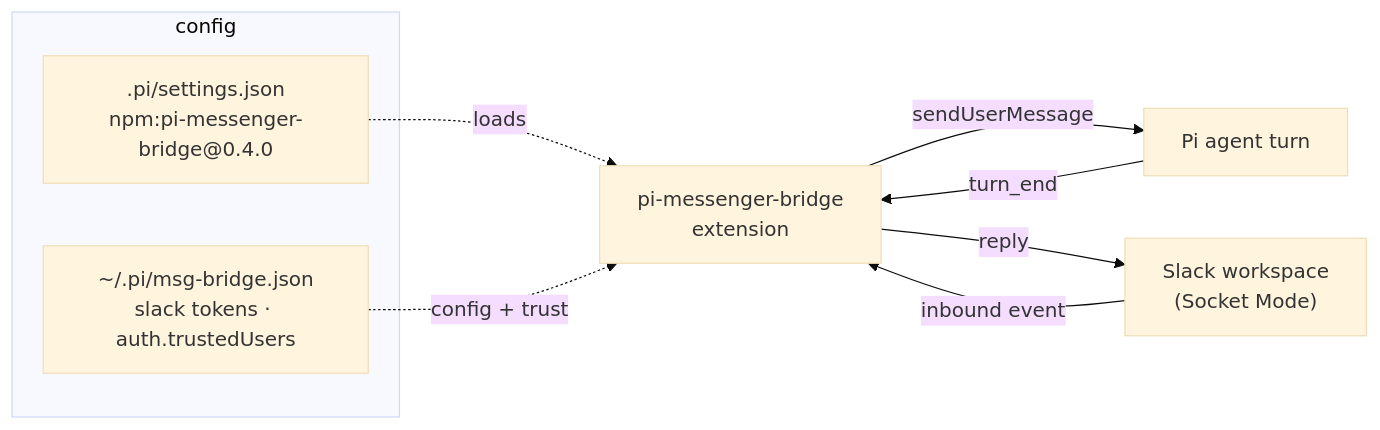
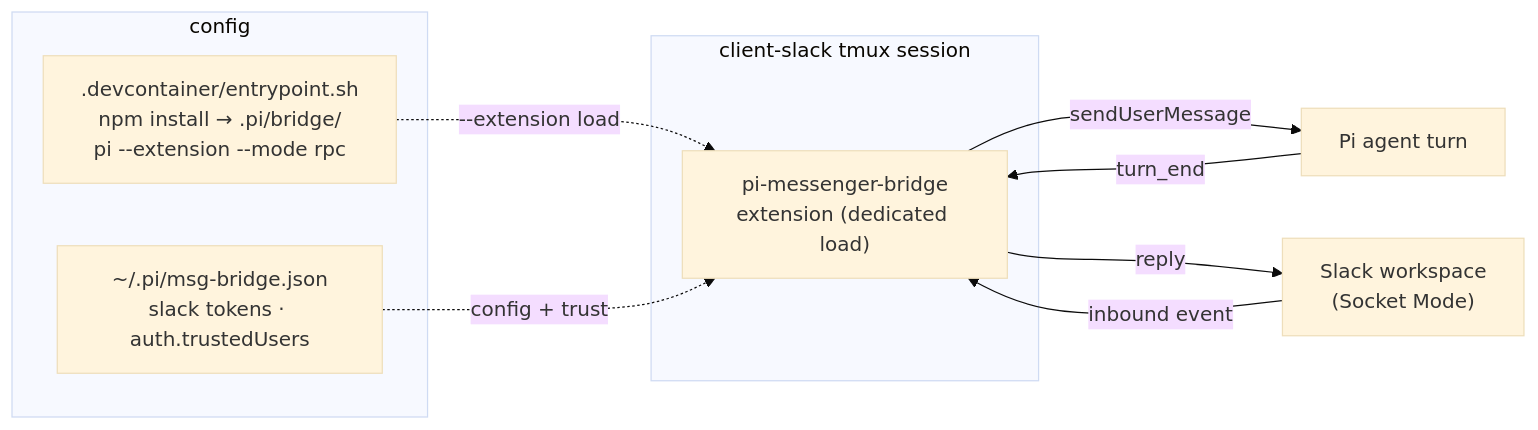
One commit to mifunedev/openharness changed the diagram in wiki/pi-messenger-bridge.md. Above: the diagram before and after it, drawn with Mermaid (base theme). The commit also changed other lines of this file and 15 other files, not shown here.

````diff
--- a/wiki/pi-messenger-bridge.md
+++ b/wiki/pi-messenger-bridge.md
@@ -39,13 +39,16 @@
 ```mermaid
 flowchart LR
   subgraph cfg[config]
-    PIN[".pi/settings.json<br/>npm:pi-messenger-bridge@0.4.0"]
+    ENTRY[".devcontainer/entrypoint.sh<br/>npm install → .pi/bridge/<br/>pi --extension --mode rpc"]
     JSON["~/.pi/msg-bridge.json<br/>slack tokens · auth.trustedUsers"]
   end
-  SLACK["Slack workspace<br/>(Socket Mode)"] -->|inbound event| EXT["pi-messenger-bridge<br/>extension"]
-  PIN -.loads.-> EXT
+  subgraph sess["client-slack tmux session"]
+    EXT["pi-messenger-bridge<br/>extension (dedicated load)"]
+  end
+  SLACK["Slack workspace<br/>(Socket Mode)"] -->|inbound event| EXT
+  ENTRY -. "--extension load" .-> EXT
   JSON -.config + trust.-> EXT
   EXT -->|sendUserMessage| TURN["Pi agent turn"]
   TURN -->|turn_end| EXT
   EXT -->|reply| SLACK
 ```
````
